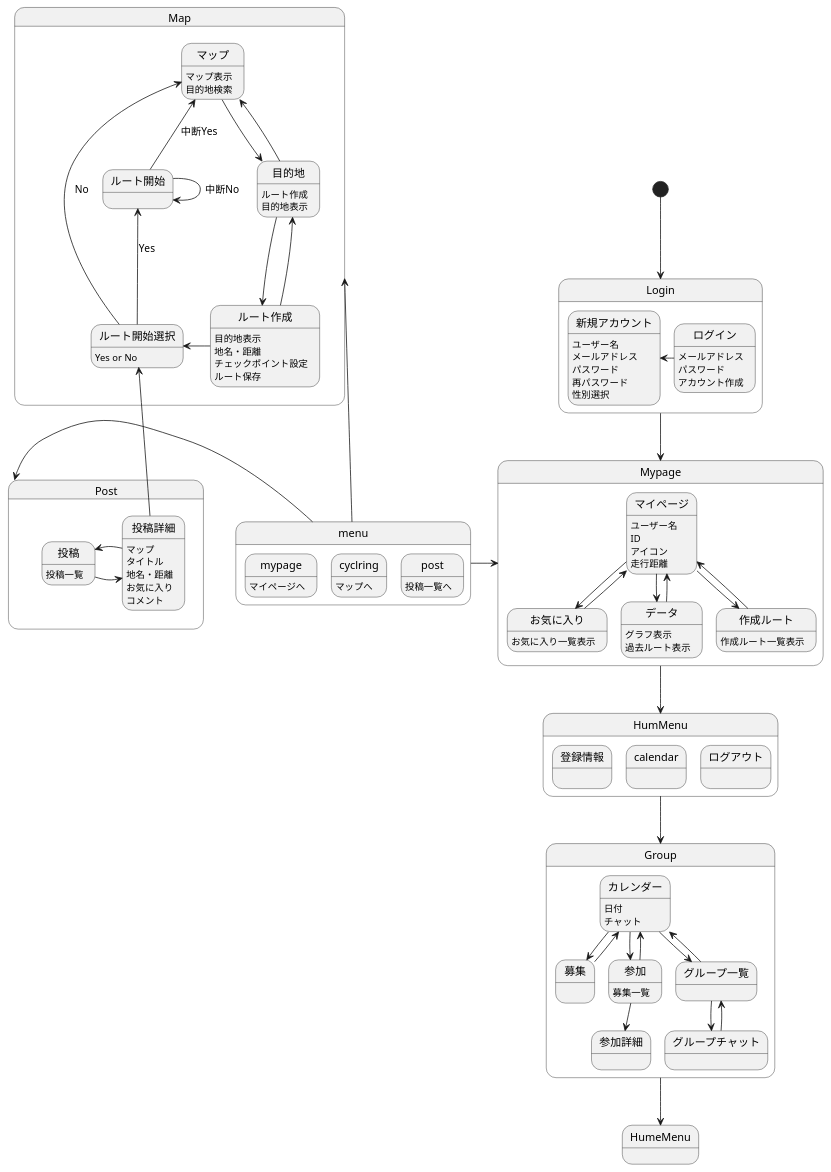
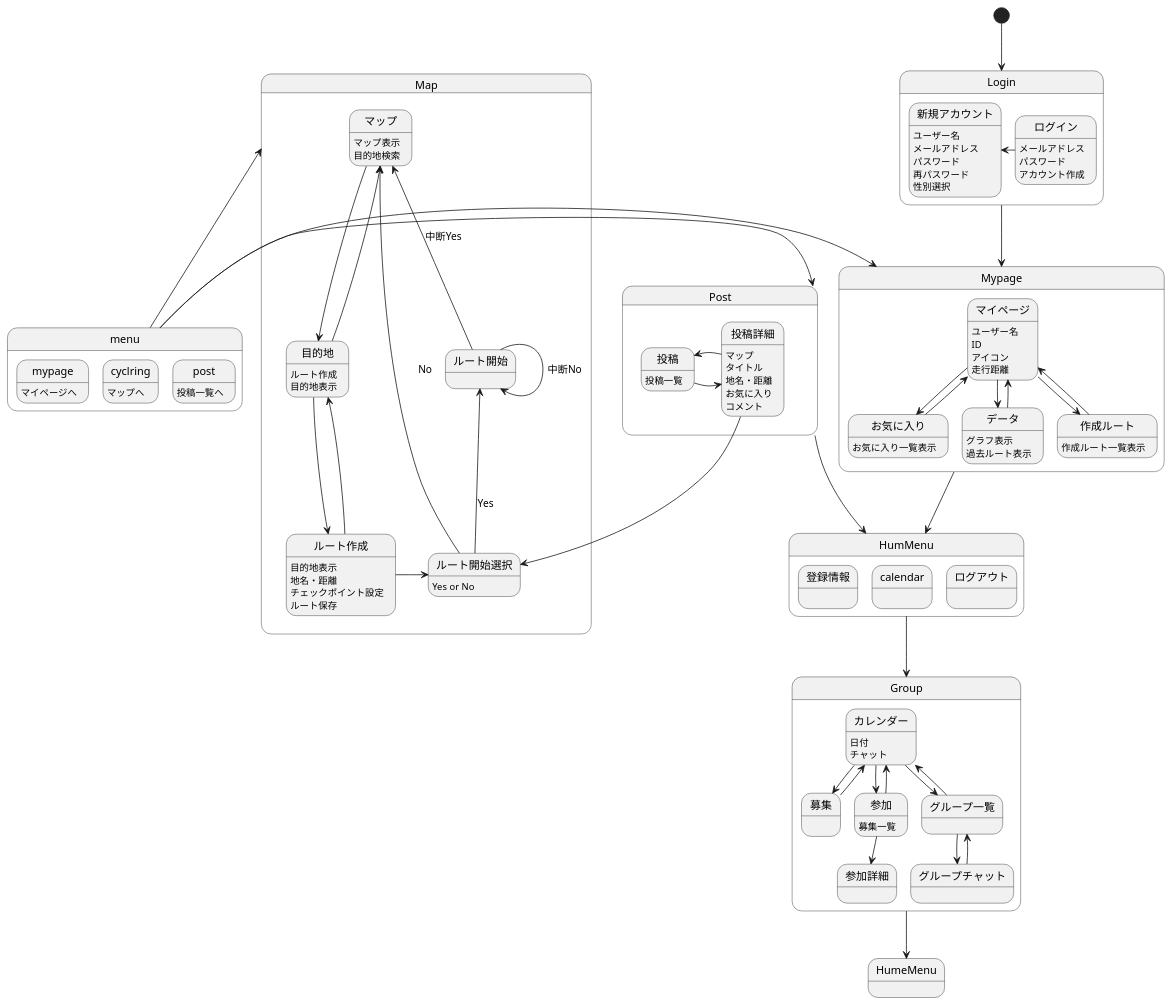
One commit to AsoSD3A3/CyclingSystem changed the diagram in 画面遷移図/gm.md. Above: the diagram before and after it, drawn with PlantUML.

```diff
--- a/画面遷移図/gm.md
+++ b/画面遷移図/gm.md
@@ -17,6 +17,7 @@
 Group-->HumeMenu
 
 Mypage-down->HumMenu
+Post-down->HumMenu
 
 state Group{
 カレンダー:日付
@@ -106,7 +107,7 @@
 投稿詳細:地名・距離
 投稿詳細:お気に入り
 投稿詳細:コメント
-投稿詳細-up->ルート開始選択
+投稿詳細-->ルート開始選択
 }
 
 @enduml
```
